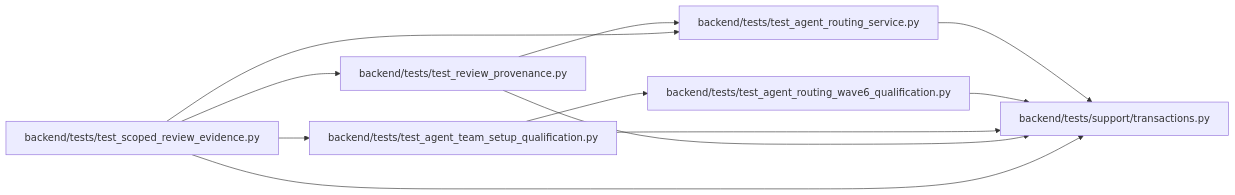
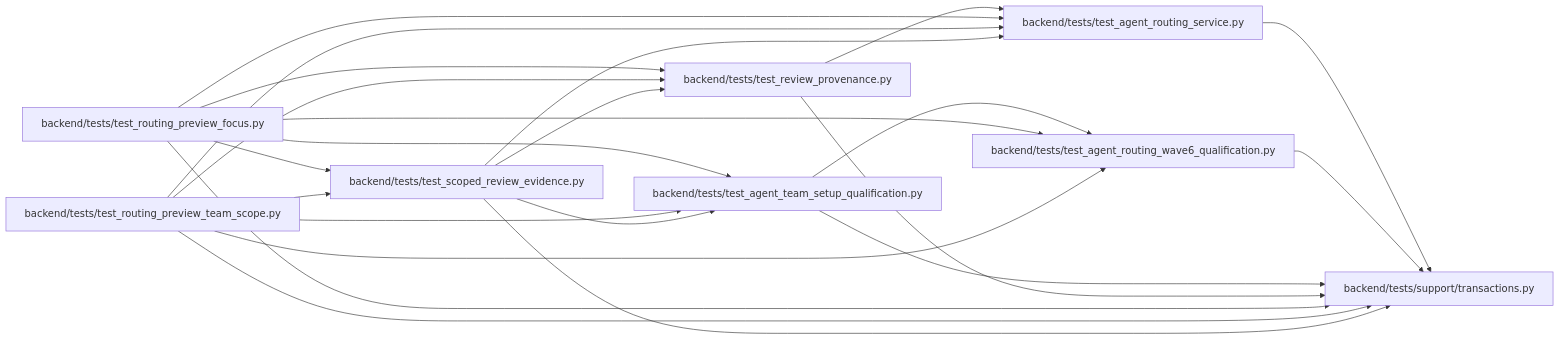
Before and after one commit to Denissvgn/WorkChord: the diagram in docs/llm_wiki/modules/transactions.md, drawn with Mermaid. The commit also changed other lines of this file and 1817 other files, not shown here.

First line of the commit message:
Refresh the architectural wiki for the 1.9.0 changes

````diff
--- a/docs/llm_wiki/modules/transactions.md
+++ b/docs/llm_wiki/modules/transactions.md
@@ -18,25 +18,41 @@
 ```mermaid
 flowchart LR
     n0["backend/tests/support/transactions.py"]
     n1["backend/tests/test_agent_routing_service.py"]
     n2["backend/tests/test_agent_routing_wave6_qualification.py"]
     n3["backend/tests/test_agent_team_setup_qualification.py"]
     n4["backend/tests/test_review_provenance.py"]
-    n5["backend/tests/test_scoped_review_evidence.py"]
+    n5["backend/tests/test_routing_preview_focus.py"]
+    n6["backend/tests/test_routing_preview_team_scope.py"]
+    n7["backend/tests/test_scoped_review_evidence.py"]
     n1 --> n0
     n2 --> n0
     n3 --> n0
     n3 --> n2
     n4 --> n0
     n4 --> n1
     n5 --> n0
     n5 --> n1
+    n5 --> n2
     n5 --> n3
     n5 --> n4
+    n5 --> n7
+    n6 --> n0
+    n6 --> n1
+    n6 --> n2
+    n6 --> n3
+    n6 --> n4
+    n6 --> n7
+    n7 --> n0
+    n7 --> n1
+    n7 --> n3
+    n7 --> n4
     click n0 "../modules/transactions.md"
     click n1 "../modules/test_agent_routing_service.md"
     click n2 "../modules/test_agent_routing_wave6_qualification.md"
     click n3 "../modules/test_agent_team_setup_qualification.md"
     click n4 "../modules/test_review_provenance.md"
-    click n5 "../modules/test_scoped_review_evidence.md"
+    click n5 "../modules/test_routing_preview_focus.md"
+    click n6 "../modules/test_routing_preview_team_scope.md"
+    click n7 "../modules/test_scoped_review_evidence.md"
 ```
````
